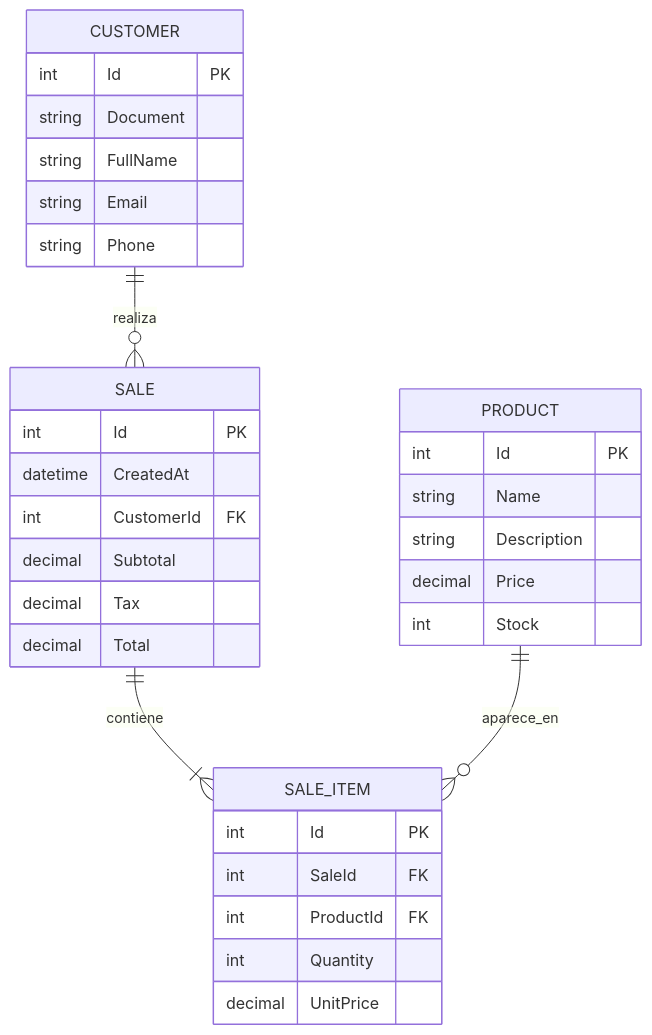
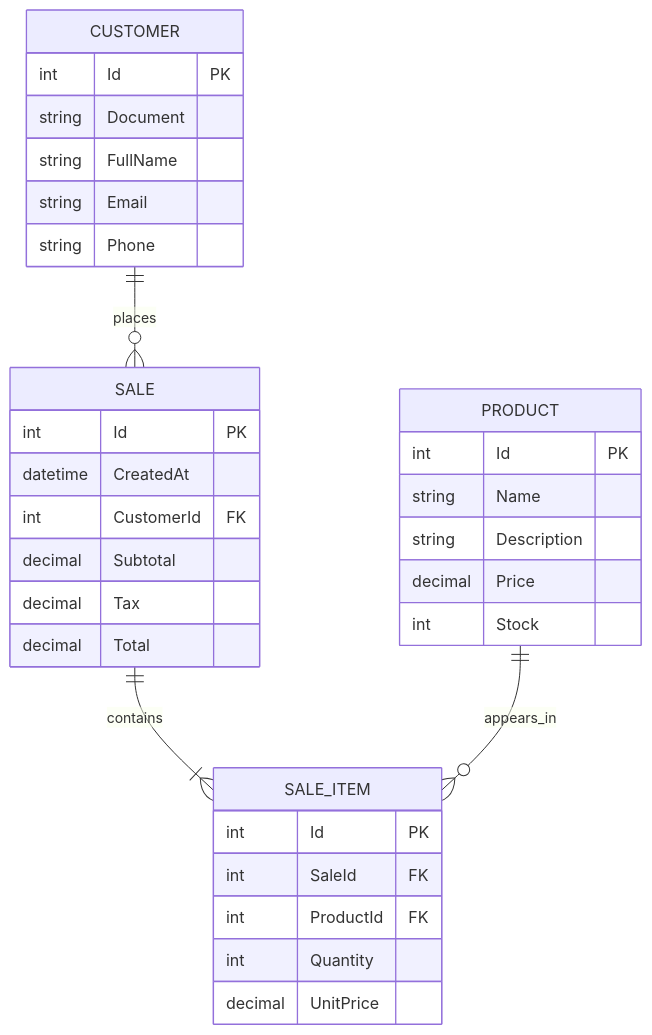
The first of 2 diagrams in README.md (harenluis2701/historia.net), drawn with Mermaid before and after one commit. The commit also changed other lines of this file, not shown here.

````diff
--- a/README.md
+++ b/README.md
@@ -133,35 +133,35 @@
 ```mermaid
 erDiagram
-    CUSTOMER ||--o{ SALE : realiza
-    SALE ||--|{ SALE_ITEM : contiene
-    PRODUCT ||--o{ SALE_ITEM : aparece_en
+    CUSTOMER ||--o{ SALE : places
+    SALE ||--|{ SALE_ITEM : contains
+    PRODUCT ||--o{ SALE_ITEM : appears_in
     CUSTOMER {
         int Id PK
         string Document
         string FullName
         string Email
         string Phone
     }
     PRODUCT {
         int Id PK
         string Name
         string Description
         decimal Price
         int Stock
     }
     SALE {
         int Id PK
         datetime CreatedAt
         int CustomerId FK
         decimal Subtotal
         decimal Tax
         decimal Total
     }
     SALE_ITEM {
         int Id PK
         int SaleId FK
         int ProductId FK
         int Quantity
         decimal UnitPrice
     }
 ```
````
